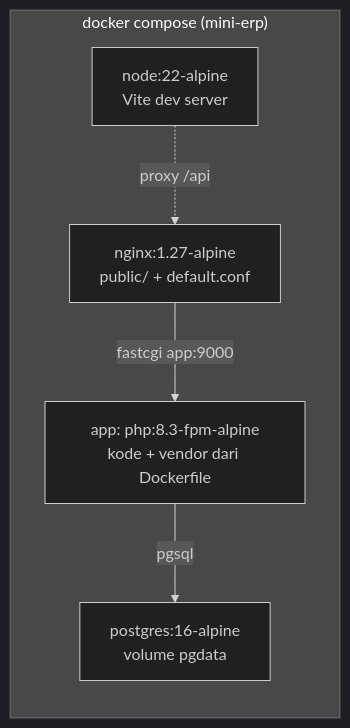
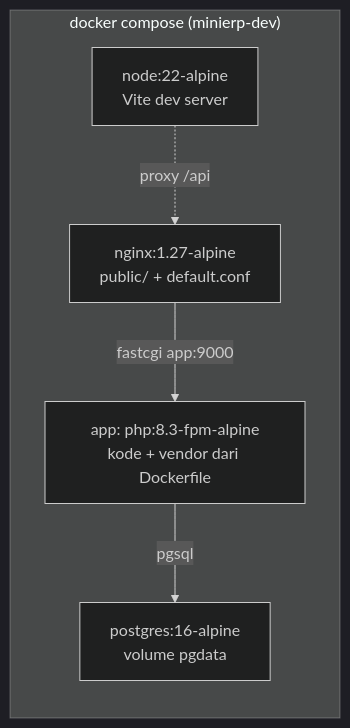
The seventh of 7 diagrams in docs/ARCHITECTURE.md (NightLabs12/mini-erp), drawn with Mermaid (dark theme) before and after one commit. The commit also changed other lines of this file and 12 other files, not shown here.

First line of the commit message:
chore(infra): isolasi proyek minierp-dev dan port loopback

````diff
--- a/docs/ARCHITECTURE.md
+++ b/docs/ARCHITECTURE.md
@@ -304,12 +304,12 @@
 ```mermaid
 flowchart LR
-    subgraph Compose["docker compose (mini-erp)"]
+    subgraph Compose["docker compose (minierp-dev)"]
         PG["postgres:16-alpine<br/>volume pgdata"]
         APP["app: php:8.3-fpm-alpine<br/>kode + vendor dari Dockerfile"]
         NG["nginx:1.27-alpine<br/>public/ + default.conf"]
         ND["node:22-alpine<br/>Vite dev server"]
     end
     NG -->|"fastcgi app:9000"| APP
     APP -->|"pgsql"| PG
     ND -.->|"proxy /api"| NG
 ```
````
